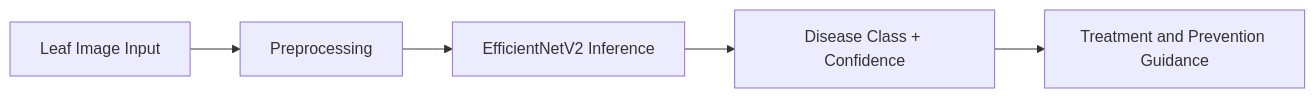
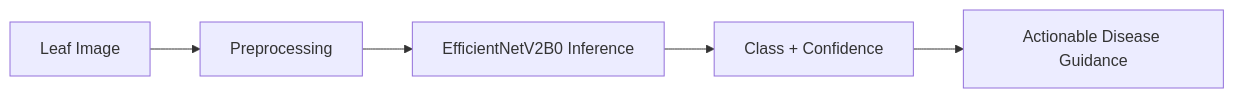
Before and after one commit to ItzSwapnil/Leaf_Disease_Detection: the diagram in README.md, drawn with Mermaid. The commit also changed other lines of this file and 4 other files, not shown here.

````diff
--- a/README.md
+++ b/README.md
@@ -37,7 +38,7 @@
 ```mermaid
 flowchart LR
-  A[Leaf Image Input] --> B[Preprocessing]
-  B --> C[EfficientNetV2 Inference]
-  C --> D[Disease Class + Confidence]
-  D --> E[Treatment and Prevention Guidance]
+  A[Leaf Image] --> B[Preprocessing]
+  B --> C[EfficientNetV2B0 Inference]
+  C --> D[Class + Confidence]
+  D --> E[Actionable Disease Guidance]
 ```
````
